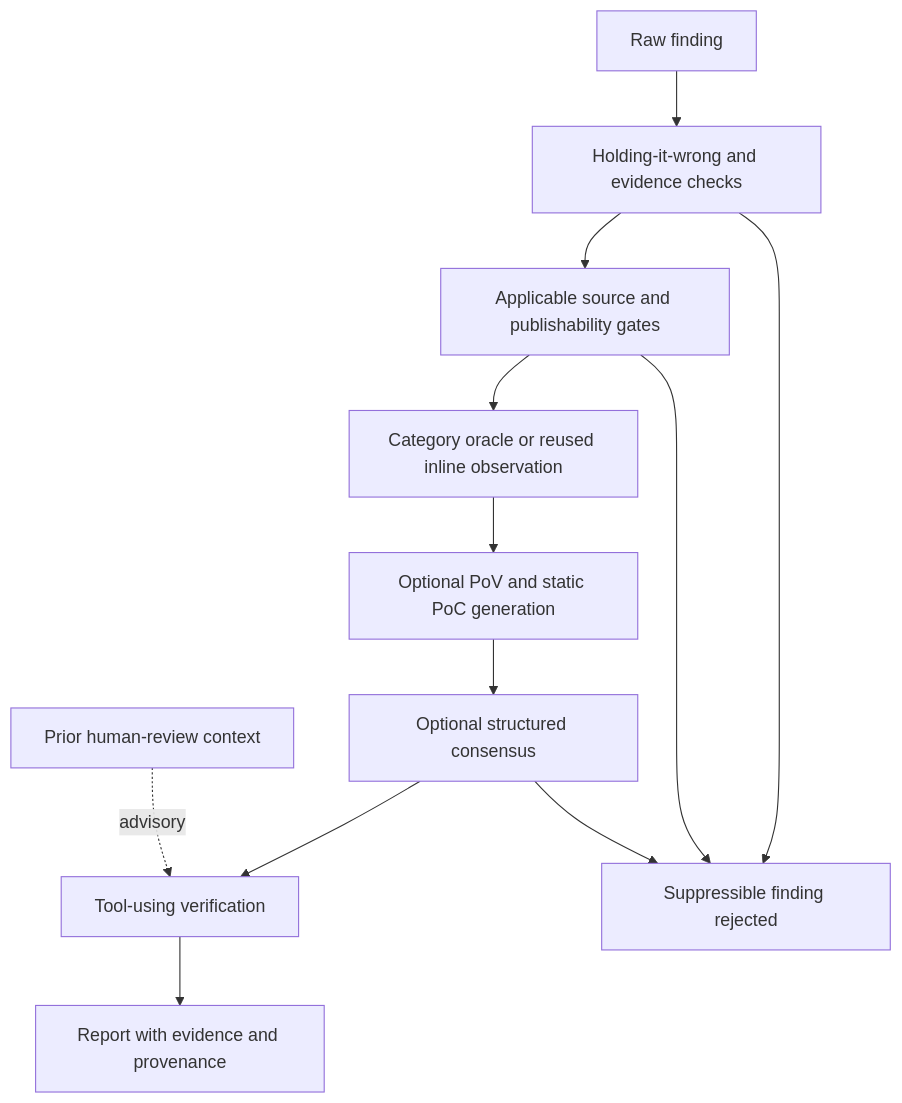
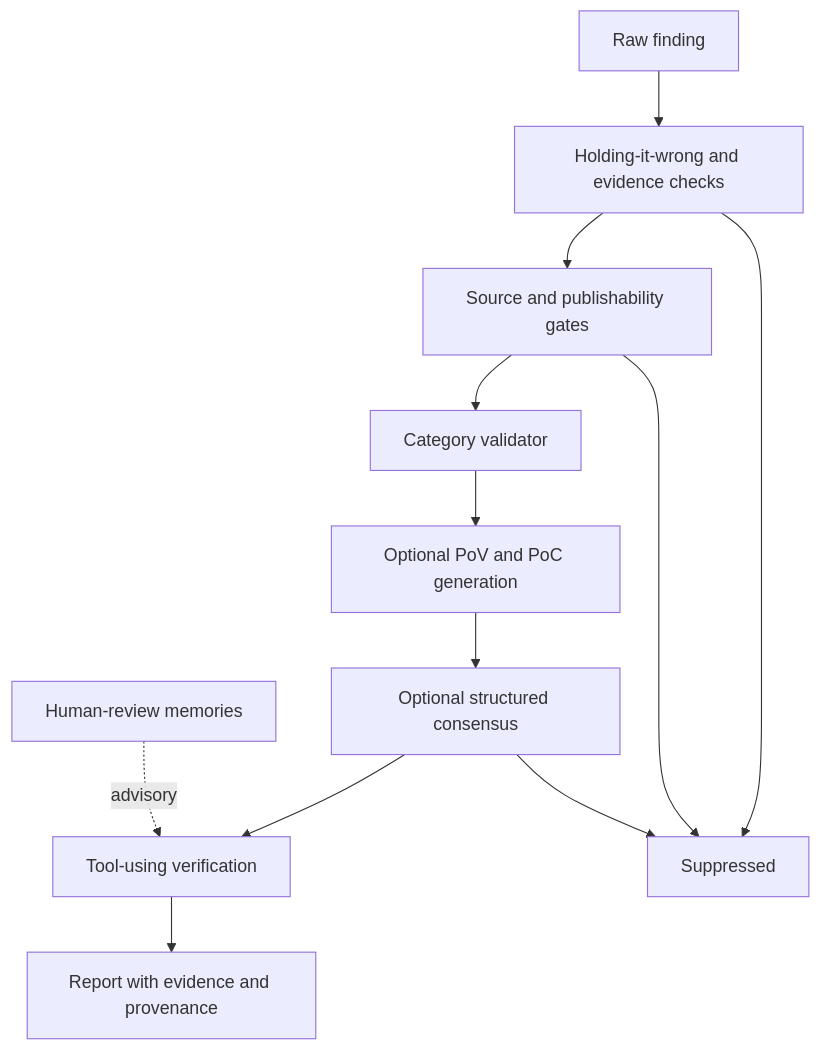
One commit to 0sec-labs/0 changed the diagram in docs/src/content/docs/triage.md. Above: the diagram before and after it, drawn with Mermaid. The commit also changed other lines of this file and 84 other files, not shown here.

````diff
--- a/docs/src/content/docs/triage.md
+++ b/docs/src/content/docs/triage.md
@@ -16,14 +22,14 @@
 ```mermaid
 flowchart TD
     F[Raw finding] --> H[Holding-it-wrong and evidence checks]
-    H --> G[Applicable source and publishability gates]
-    G --> O[Category oracle or reused inline observation]
-    O --> P[Optional PoV and static PoC generation]
+    H --> G[Source and publishability gates]
+    G --> O[Category validator]
+    O --> P[Optional PoV and PoC generation]
     P --> C[Optional structured consensus]
     C --> V[Tool-using verification]
-    M[Prior human-review context] -. advisory .-> V
+    M[Human-review memories] -. advisory .-> V
     V --> R[Report with evidence and provenance]
-    H --> S[Suppressible finding rejected]
+    H --> S[Suppressed]
     G --> S
     C --> S
 ```
````
